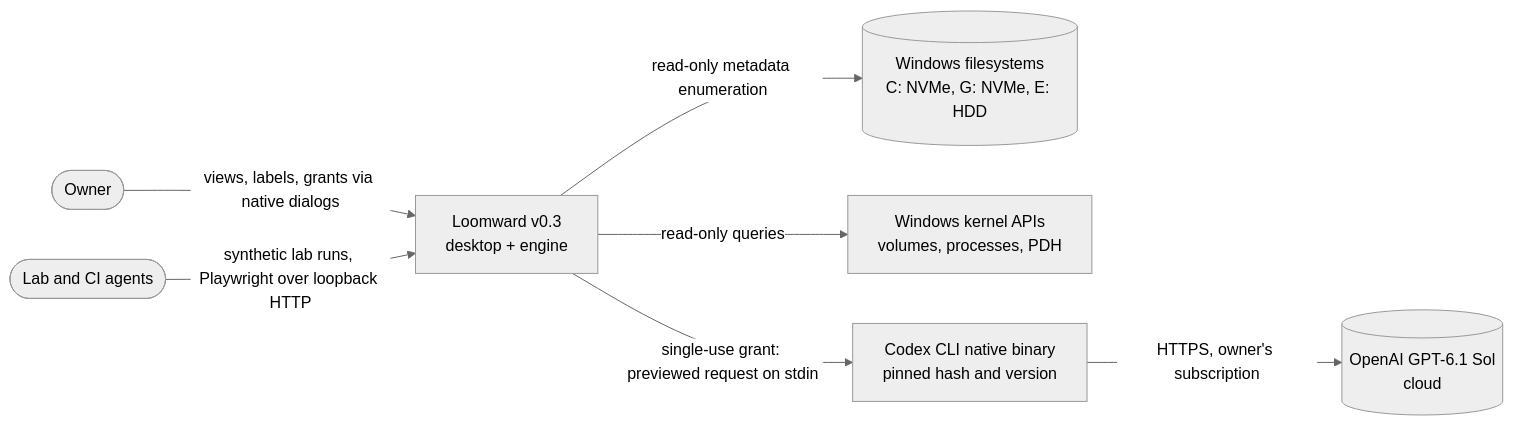
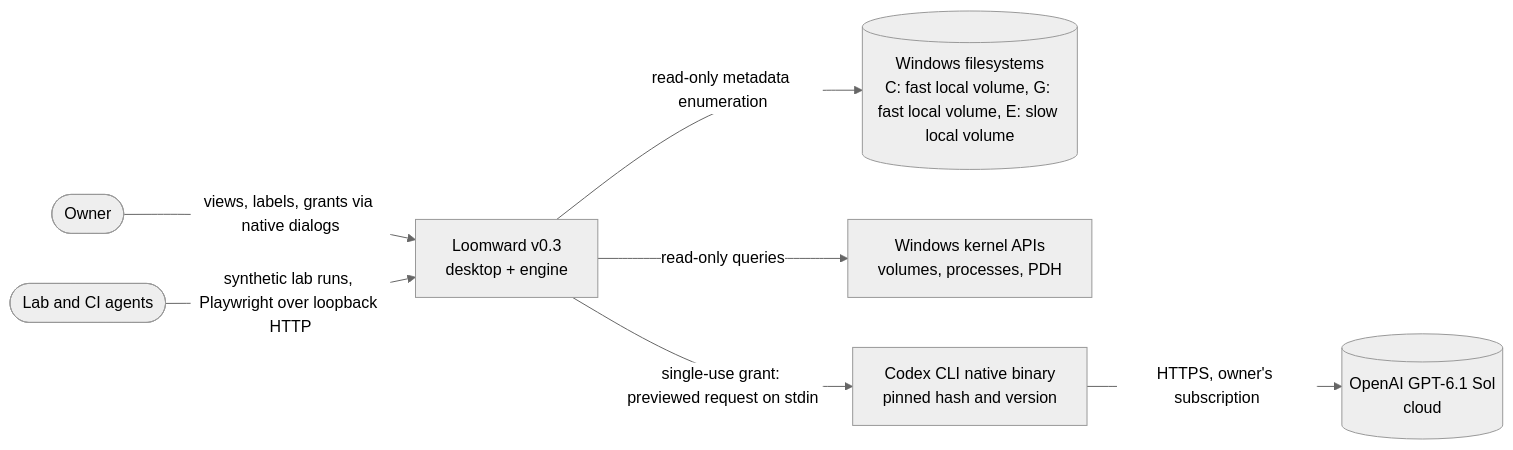
One commit to Chris0Jeky/Loomward changed the first of 5 diagrams in docs/41-v03-architecture.md. Above: the diagram before and after it, drawn with Mermaid (neutral theme). The commit also changed other lines of this file and 12 other files, not shown here.

````diff
--- a/docs/41-v03-architecture.md
+++ b/docs/41-v03-architecture.md
@@ -46,16 +46,16 @@
 ```mermaid
 flowchart LR
   owner([Owner])
   agents([Lab and CI agents])
   lw[Loomward v0.3<br/>desktop + engine]
-  fs[(Windows filesystems<br/>C: NVMe, G: NVMe, E: HDD)]
+  fs[(Windows filesystems<br/>C: fast local volume, G: fast local volume, E: slow local volume)]
   os[Windows kernel APIs<br/>volumes, processes, PDH]
   codex[Codex CLI native binary<br/>pinned hash and version]
   openai[(OpenAI GPT-6.1 Sol<br/>cloud)]
   owner -->|views, labels, grants via native dialogs| lw
   agents -->|synthetic lab runs, Playwright over loopback HTTP| lw
   lw -->|read-only metadata enumeration| fs
   lw -->|read-only queries| os
   lw -->|single-use grant: previewed request on stdin| codex
   codex -->|HTTPS, owner's subscription| openai
 ```
````
